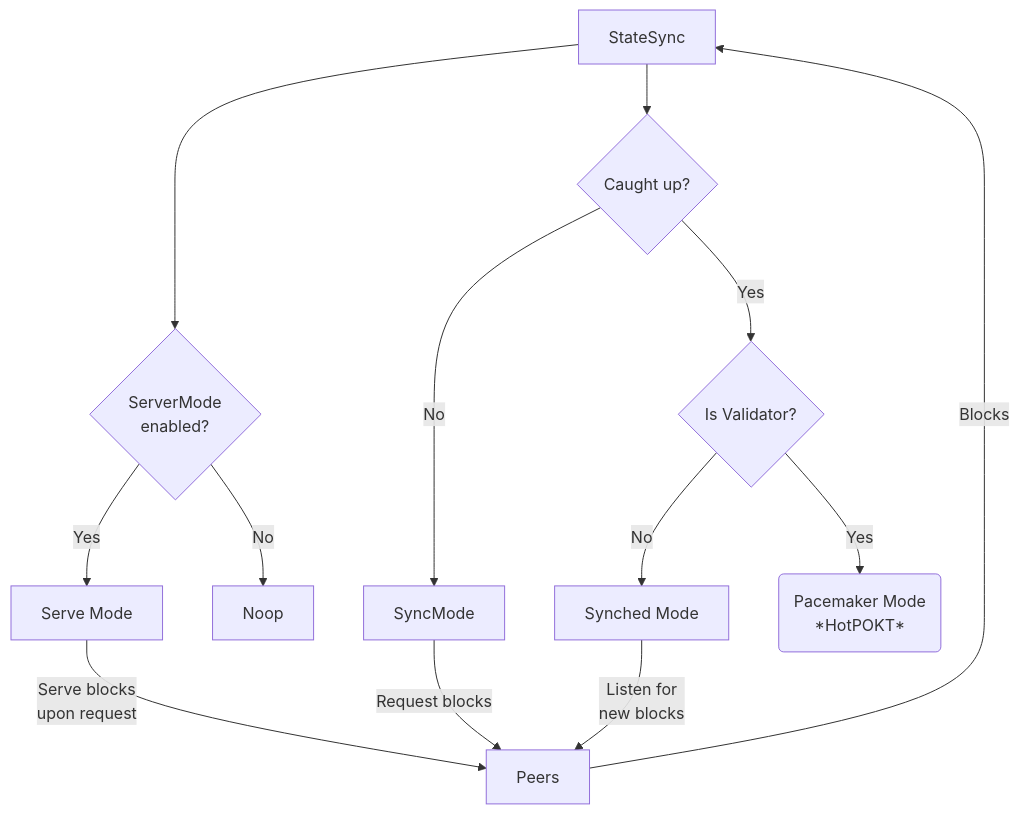
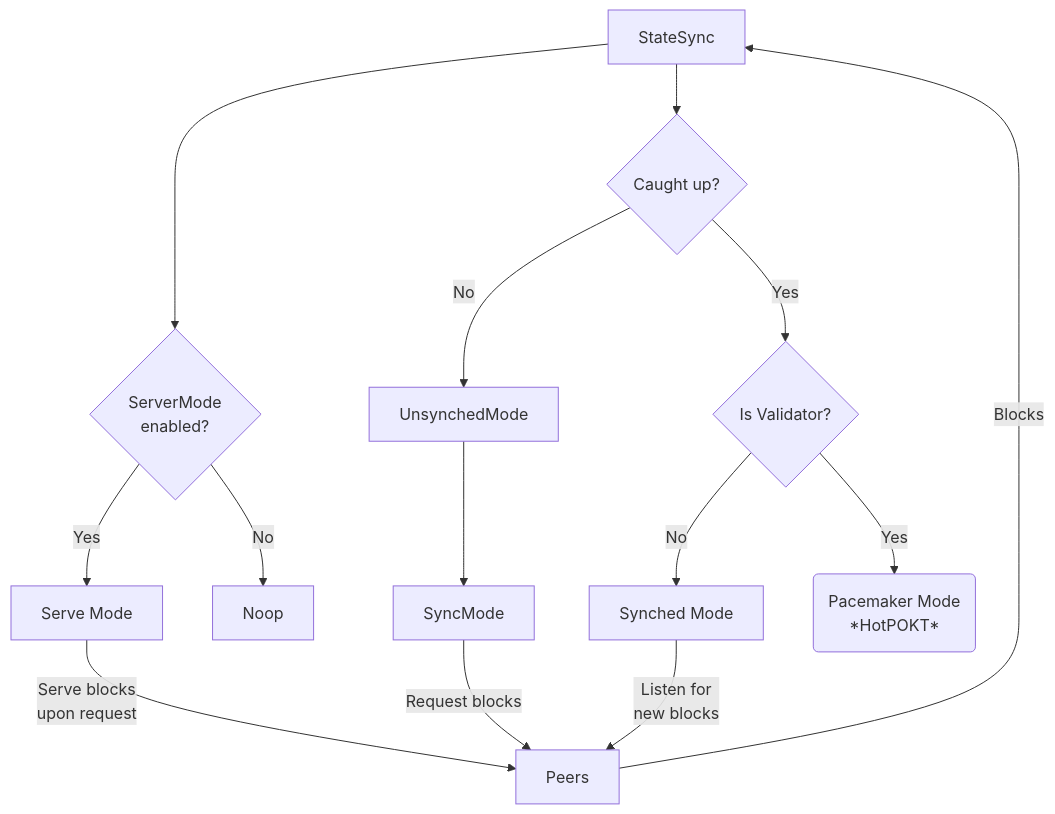
The third of 5 diagrams in consensus/doc/PROTOCOL_STATE_SYNC.md (pokt-network/pocket), drawn with Mermaid before and after one commit. The commit also changed other lines of this file and 5 other files, not shown here.

````diff
--- a/consensus/doc/PROTOCOL_STATE_SYNC.md
+++ b/consensus/doc/PROTOCOL_STATE_SYNC.md
@@ -122,25 +178,26 @@
 ```mermaid
 flowchart TD
     A[StateSync] --> B{Caught up?}
     A[StateSync] --> P{ServerMode <br> enabled?}
 
     %% Is serving peers?
     P --> |Yes| Q[Serve Mode]
     P --> |No| R[Noop]
     Q --> |Serve blocks<br>upon request| Z[Peers]
 
     %% Is caught up?
     B --> |Yes| C{Is Validator?}
-    B --> |No| D[SyncMode]
+    B --> |No| E[UnsynchedMode]
+    E --> D[SyncMode]
 
     %% Synching
     D --> |Request blocks| Z[Peers]
 
     %% Is a validator?
-    C --> |No| E[Synched Mode]
-    C --> |Yes| F(Pacemaker Mode<br>*HotPOKT*)
-    E --> |Listen for<br>new blocks| Z[Peers]
+    C --> |No| F[Synched Mode]
+    C --> |Yes| G(Pacemaker Mode<br>*HotPOKT*)
+    F --> |Listen for<br>new blocks| Z[Peers]
 
     %% Loop back
     Z[Peers] --> |Blocks| A[StateSync]
 ```
````
